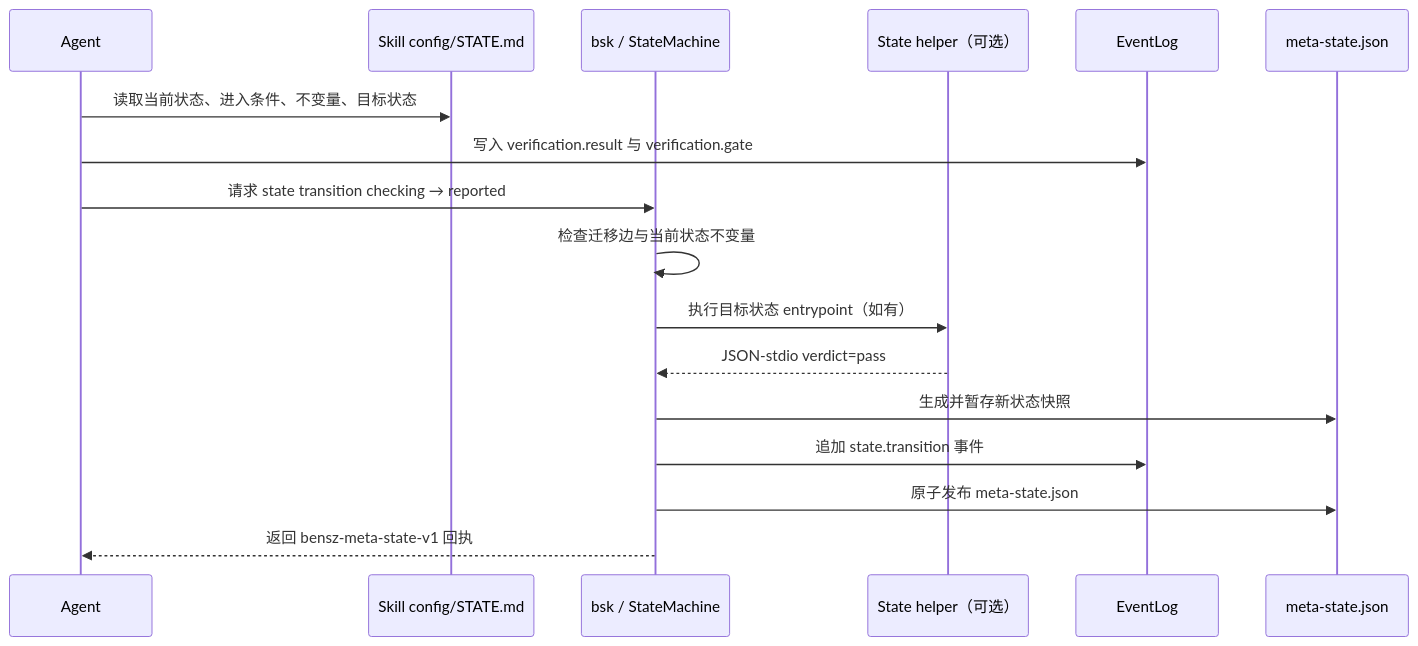
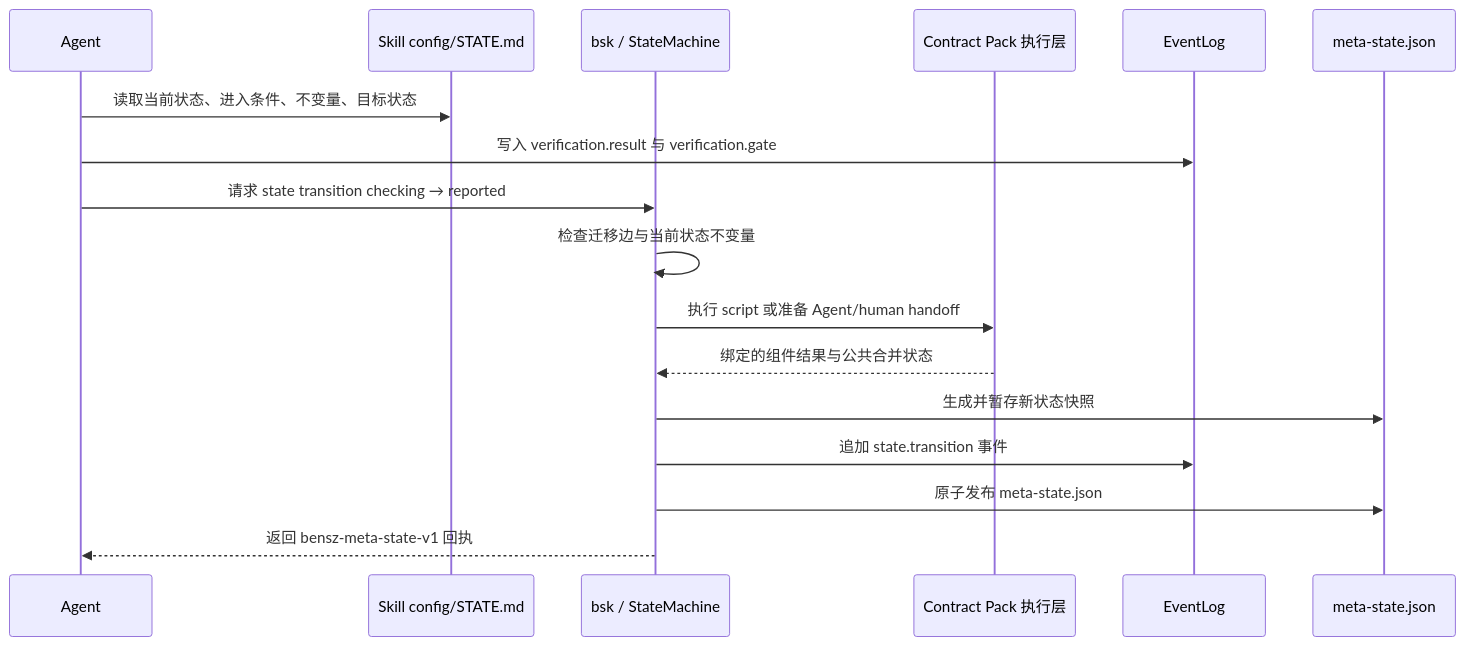
One commit to huangwb8/skills changed the third of 3 diagrams in docs/state-machine-tutorial.md. Above: the diagram before and after it, drawn with Mermaid. The commit also changed other lines of this file and 4 other files, not shown here.

````diff
--- a/docs/state-machine-tutorial.md
+++ b/docs/state-machine-tutorial.md
@@ -121,20 +121,20 @@
 ```mermaid
 sequenceDiagram
     participant A as Agent
     participant C as Skill config/STATE.md
     participant K as bsk / StateMachine
-    participant H as State helper（可选）
+    participant X as Contract Pack 执行层
     participant E as EventLog
     participant F as meta-state.json
 
     A->>C: 读取当前状态、进入条件、不变量、目标状态
     A->>E: 写入 verification.result 与 verification.gate
     A->>K: 请求 state transition checking → reported
     K->>K: 检查迁移边与当前状态不变量
-    K->>H: 执行目标状态 entrypoint（如有）
-    H-->>K: JSON-stdio verdict=pass
+    K->>X: 执行 script 或准备 Agent/human handoff
+    X-->>K: 绑定的组件结果与公共合并状态
     K->>F: 生成并暂存新状态快照
     K->>E: 追加 state.transition 事件
     K->>F: 原子发布 meta-state.json
     K-->>A: 返回 bensz-meta-state-v1 回执
 ```
````
